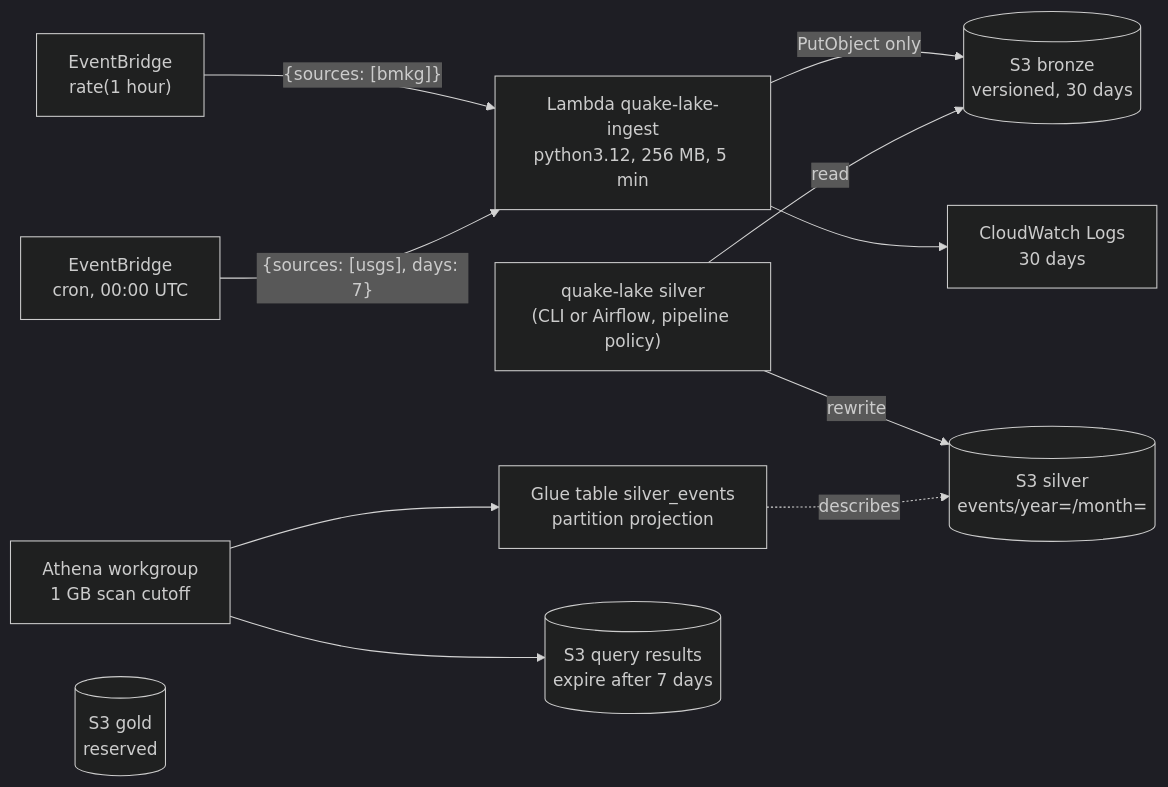
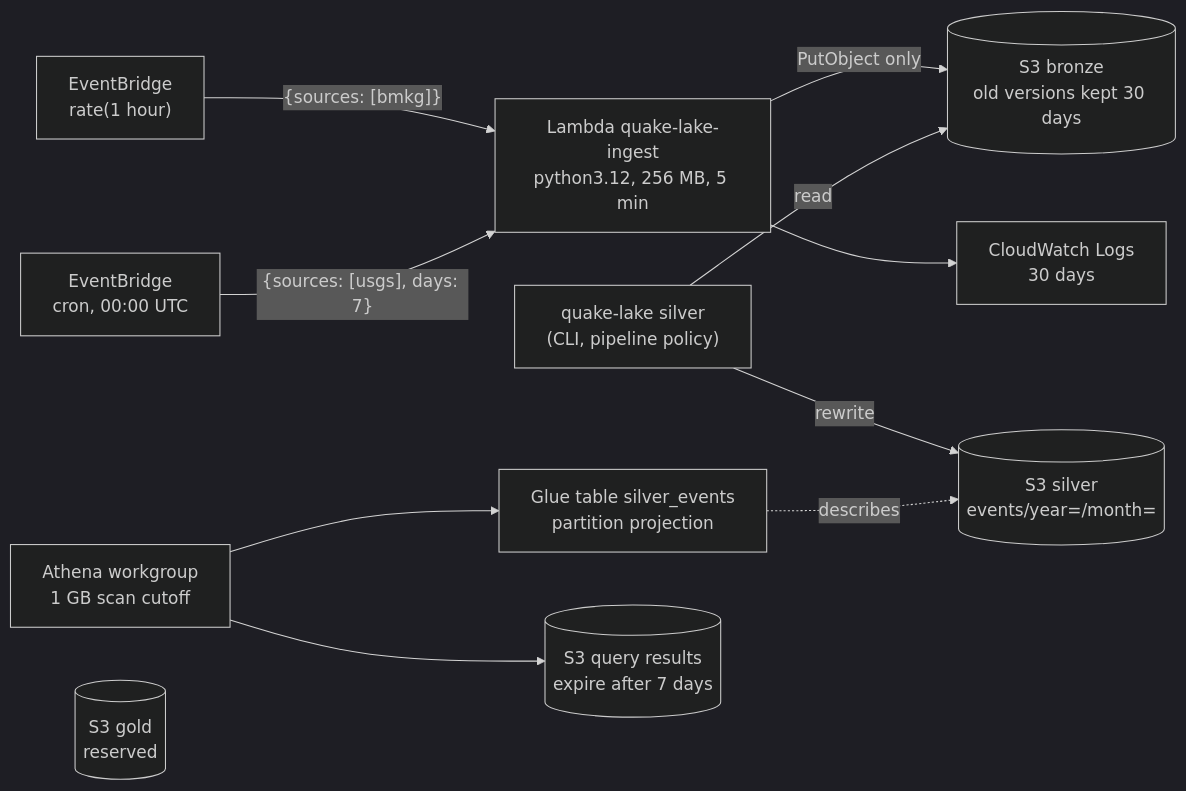
The third of 3 diagrams in README.md (Julminus/quake-lake), drawn with Mermaid (dark theme) before and after one commit. The commit also changed other lines of this file and 3 other files, not shown here.

````diff
--- a/README.md
+++ b/README.md
@@ -335,13 +344,13 @@
 ```mermaid
 flowchart LR
     EB1["EventBridge<br/>rate(1 hour)"] -->|"{sources: [bmkg]}"| L
     EB2["EventBridge<br/>cron, 00:00 UTC"] -->|"{sources: [usgs], days: 7}"| L
-    L["Lambda quake-lake-ingest<br/>python3.12, 256 MB, 5 min"] -->|"PutObject only"| BR[("S3 bronze<br/>versioned, 30 days")]
+    L["Lambda quake-lake-ingest<br/>python3.12, 256 MB, 5 min"] -->|"PutObject only"| BR[("S3 bronze<br/>old versions kept 30 days")]
     L --> CW["CloudWatch Logs<br/>30 days"]
-    PC["quake-lake silver<br/>(CLI or Airflow, pipeline policy)"] -->|read| BR
+    PC["quake-lake silver<br/>(CLI, pipeline policy)"] -->|read| BR
     PC -->|rewrite| SV[("S3 silver<br/>events/year=/month=")]
     GT["Glue table silver_events<br/>partition projection"] -.->|describes| SV
     AT["Athena workgroup<br/>1 GB scan cutoff"] --> GT
     AT --> RS[("S3 query results<br/>expire after 7 days")]
     GB[("S3 gold<br/>reserved")]
 ```
````
